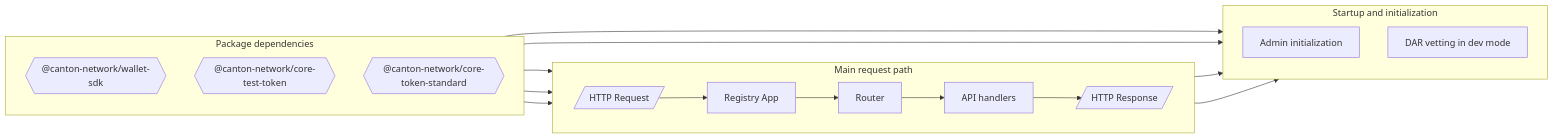
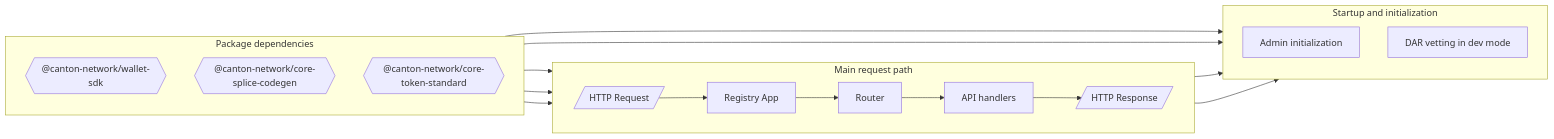
Before and after one commit to canton-network/wallet: the diagram in examples/test-token-v1-registry/README.md, drawn with Mermaid. The commit also changed other lines of this file and 28 other files, not shown here.

Commit message:
feat(core-splice-codegen,example-test-token-v1-registry): create new core package, move test token there

````diff
--- a/examples/test-token-v1-registry/README.md
+++ b/examples/test-token-v1-registry/README.md
@@ -23,26 +23,26 @@
 ```mermaid
 flowchart LR
   subgraph MAIN[Main request path]
     direction LR
     REQ[/HTTP Request/] --> APP[Registry App] --> ROUTER[Router] --> HANDLER[API handlers] --> RES[/HTTP Response/]
   end
 
   subgraph INIT[Startup and initialization]
     direction TB
     APP --> ADMIN[Admin initialization]
     APP --> VET[DAR vetting in dev mode]
   end
 
   subgraph DEPS[Package dependencies]
     direction TB
     WSDK{{"@canton-network/wallet-sdk"}}
-    CORETEST{{"@canton-network/core-test-token"}}
+    CORETEST{{"@canton-network/core-splice-codegen"}}
     CORESTD{{"@canton-network/core-token-standard"}}
   end
 
   WSDK --> ADMIN
   WSDK --> VET
   WSDK --> HANDLER
   CORETEST --> HANDLER
   CORESTD --> HANDLER
 ```
````
